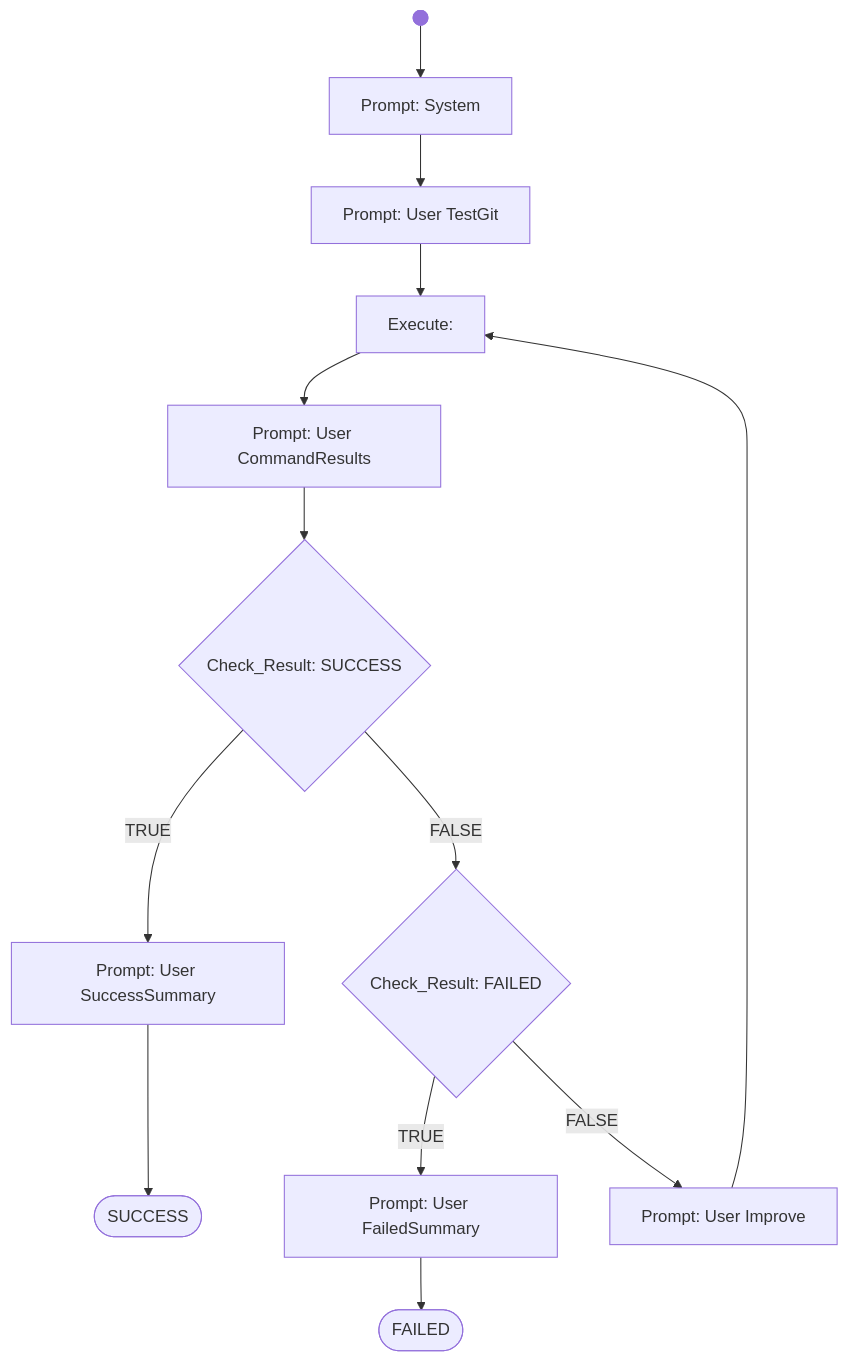
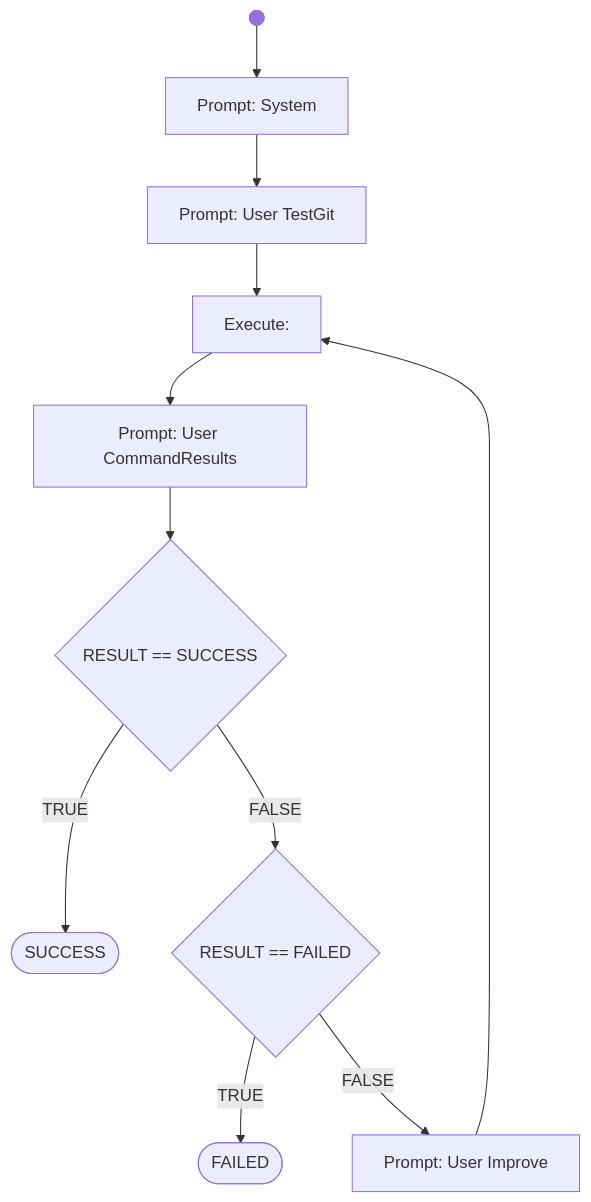
Before and after one commit to BernLeWal/AICodeMentor: the diagram in app/workflow/check-toolchain.wf.md, drawn with Mermaid. The commit also changed other lines of this file and 6 other files, not shown here.

````diff
--- a/app/workflow/check-toolchain.wf.md
+++ b/app/workflow/check-toolchain.wf.md
@@ -7,23 +7,20 @@
 ```mermaid
 flowchart TD
     START@{ shape: f-circ, label:"start"} --> PROMPT_SYSTEM
 
     PROMPT_SYSTEM[Prompt: System] --> PROMPT_TESTGIT
     PROMPT_TESTGIT[Prompt: User TestGit] --> EXECUTE_OUTPUT
     EXECUTE_OUTPUT[Execute: ] --> PROMPT_CMDRESULTS
 
-    PROMPT_CMDRESULTS[Prompt: User CommandResults] --> CHECKRESULT_SUCCESS{Check_Result: SUCCESS}
-    CHECKRESULT_SUCCESS --> |TRUE| PROMPT_SUCCESS_SUMMARY
-    CHECKRESULT_SUCCESS --> |FALSE| CHECKRESULT_FAILED{Check_Result: FAILED} 
+    PROMPT_CMDRESULTS[Prompt: User CommandResults] --> CHECK_RESULT_SUCCESS{RESULT == SUCCESS}
+    CHECK_RESULT_SUCCESS --> |TRUE| SUCCESS
+    CHECK_RESULT_SUCCESS --> |FALSE| CHECK_RESULT_FAILED{RESULT == FAILED} 
 
-    CHECKRESULT_FAILED --> |TRUE| PROMPT_FAIL_SUMMARY
-    CHECKRESULT_FAILED --> |FALSE| PROMPT_IMPROVE
-
-    PROMPT_SUCCESS_SUMMARY[Prompt: User SuccessSummary] --> SUCCESS
-    PROMPT_FAIL_SUMMARY[Prompt: User FailedSummary] --> FAILED
+    CHECK_RESULT_FAILED --> |TRUE| FAILED
+    CHECK_RESULT_FAILED --> |FALSE| PROMPT_IMPROVE
 
     PROMPT_IMPROVE[Prompt: User Improve] --> EXECUTE_OUTPUT
     
     SUCCESS@{ shape: stadium  }
     FAILED@{ shape: stadium }
 ```
````
